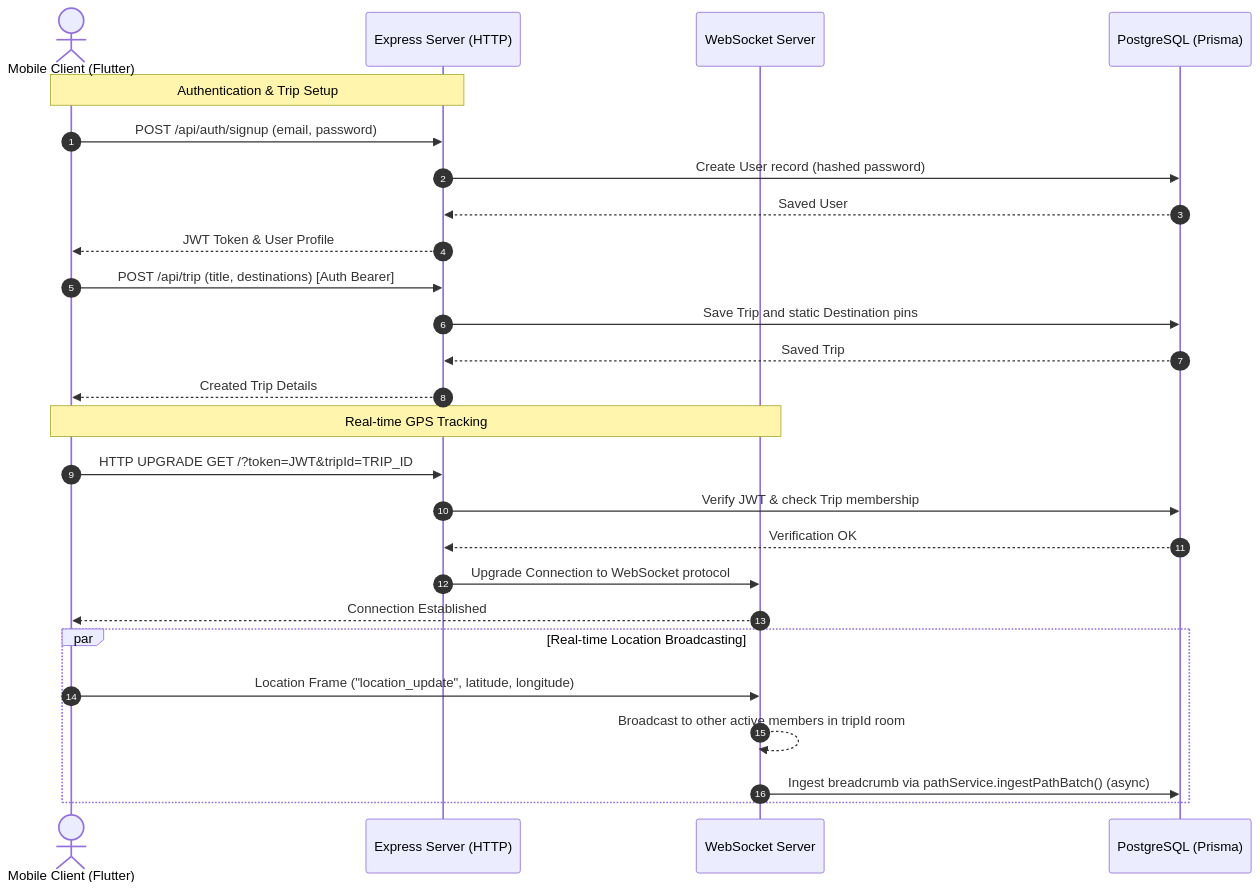
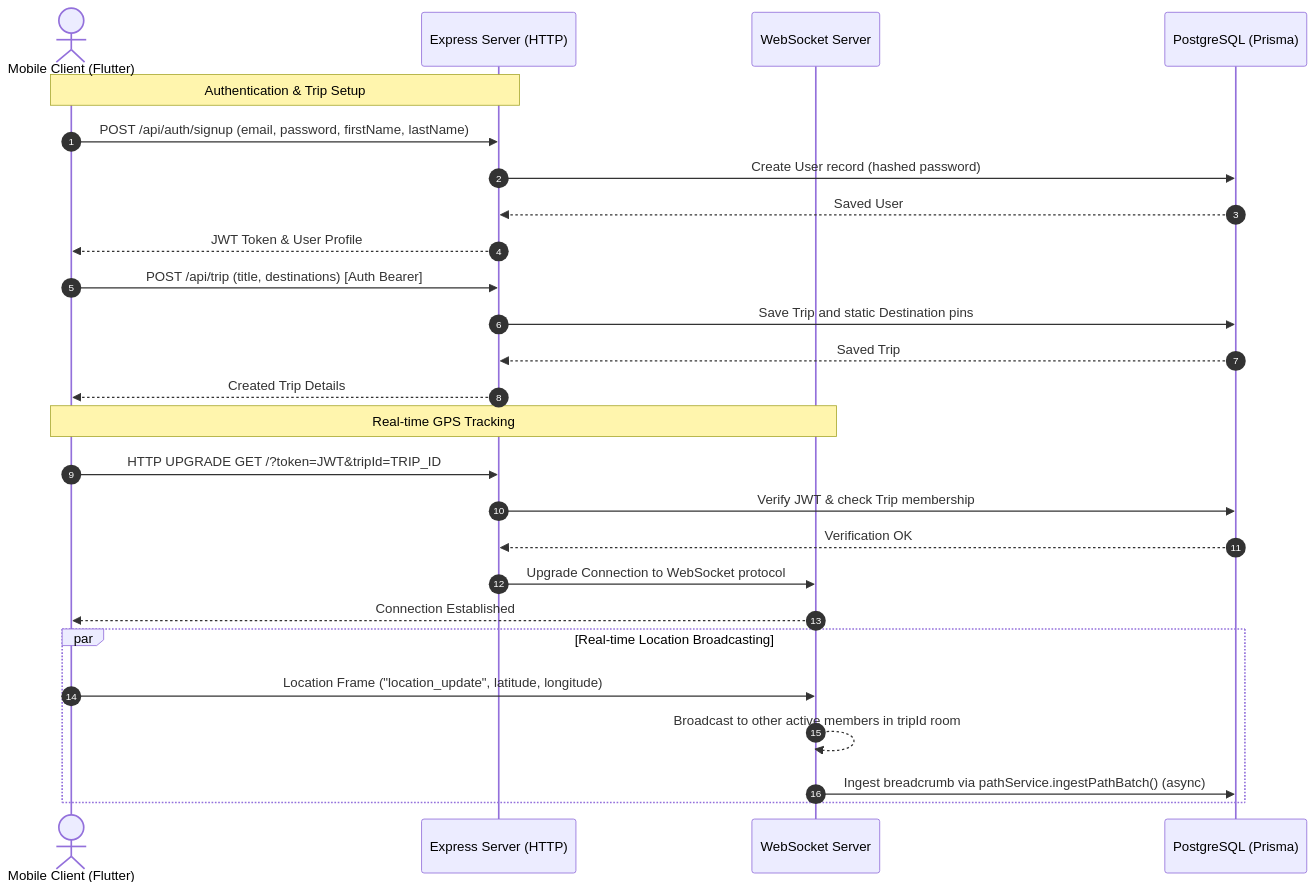
One commit to kishanraj427/wayfarer-sync changed the diagram in backend/README.md. Above: the diagram before and after it, drawn with Mermaid. The commit also changed other lines of this file and 51 other files, not shown here.

````diff
--- a/backend/README.md
+++ b/backend/README.md
@@ -165,32 +168,32 @@
 ```mermaid
 sequenceDiagram
     autonumber
     actor Client as Mobile Client (Flutter)
     participant Server as Express Server (HTTP)
     participant WS as WebSocket Server
     participant DB as PostgreSQL (Prisma)
 
     Note over Client,Server: Authentication & Trip Setup
-    Client->>Server: POST /api/auth/signup (email, password)
+    Client->>Server: POST /api/auth/signup (email, password, firstName, lastName)
     Server->>DB: Create User record (hashed password)
     DB-->>Server: Saved User
     Server-->>Client: JWT Token & User Profile
 
     Client->>Server: POST /api/trip (title, destinations) [Auth Bearer]
     Server->>DB: Save Trip and static Destination pins
     DB-->>Server: Saved Trip
     Server-->>Client: Created Trip Details
 
     Note over Client,WS: Real-time GPS Tracking
     Client->>Server: HTTP UPGRADE GET /?token=JWT&tripId=TRIP_ID
     Server->>DB: Verify JWT & check Trip membership
     DB-->>Server: Verification OK
     Server->>WS: Upgrade Connection to WebSocket protocol
     WS-->>Client: Connection Established
 
     par Real-time Location Broadcasting
         Client->>WS: Location Frame ("location_update", latitude, longitude)
         WS-->>WS: Broadcast to other active members in tripId room
         WS->>DB: Ingest breadcrumb via pathService.ingestPathBatch() (async)
     end
 ```
````
